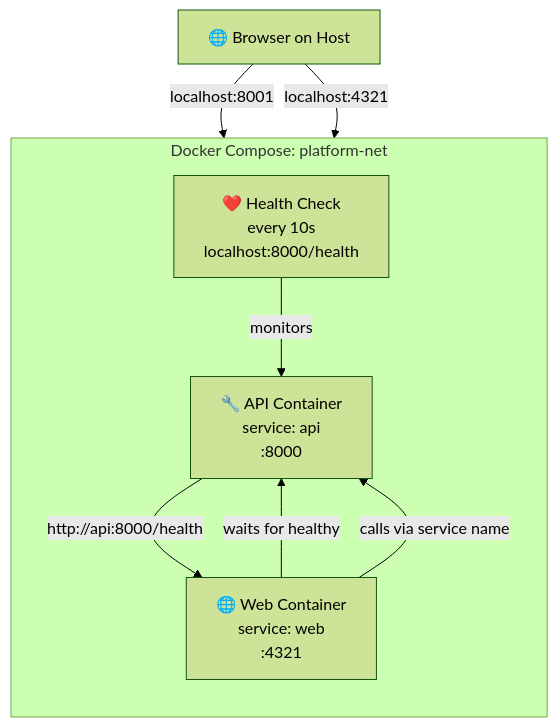
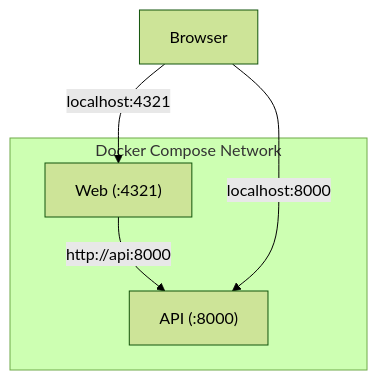
One commit to HYP3R00T/gitops-deployment-platform changed the diagram in docs/platform/local-development/layer-2-docker-compose.md. Above: the diagram before and after it, drawn with Mermaid (forest theme). The commit also changed other lines of this file and 22 other files, not shown here.

````diff
--- a/docs/platform/local-development/layer-2-docker-compose.md
+++ b/docs/platform/local-development/layer-2-docker-compose.md
@@ -187,19 +51,10 @@
 ```mermaid
 graph TB
-    subgraph Compose["Docker Compose: platform-net"]
-        direction TB
-        HealthCheck["❤️ Health Check<br/>every 10s<br/>localhost:8000/health"]
-        API["🔧 API Container<br/>service: api<br/>:8000"]
-        Web["🌐 Web Container<br/>service: web<br/>:4321"]
+    subgraph Net["Docker Compose Network"]
+        API["API (:8000)"]
+        Web["Web (:4321)"]
+        Web -->|http://api:8000| API
     end
-
-    Browser["🌐 Browser on Host"]
-
-    HealthCheck -->|monitors| API
-    Web -->|waits for healthy| API
-    Web -->|calls via service name| API
-    API -->|http://api:8000/health| Web
-
-    Browser -->|localhost:8001| API
-    Browser -->|localhost:4321| Web
+    Browser["Browser"] -->|localhost:4321| Web
+    Browser -->|localhost:8000| API
 ```
````
